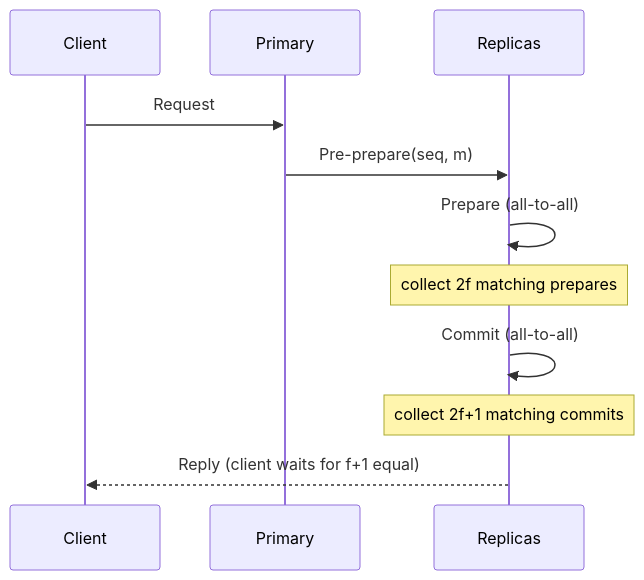
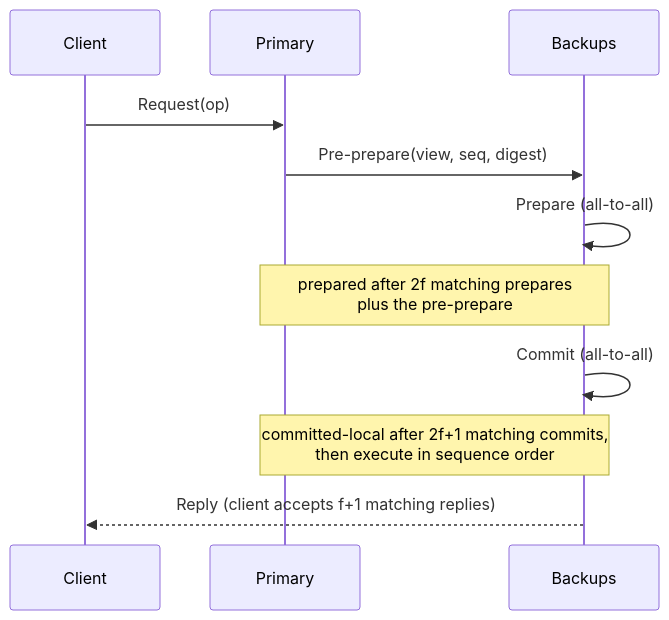
Before and after one commit to AndrewAltimit/Documentation: the fifth of 6 diagrams in github-pages/docs/advanced/distributed-systems-theory.md, drawn with Mermaid. The commit also changed other lines of this file and 240 other files, not shown here.

````diff
--- a/github-pages/docs/advanced/distributed-systems-theory.md
+++ b/github-pages/docs/advanced/distributed-systems-theory.md
@@ -297,13 +348,13 @@
 ```mermaid
 sequenceDiagram
     participant C as Client
-    participant Pr as Primary
-    participant R as Replicas
-    C->>Pr: Request
-    Pr->>R: Pre-prepare(seq, m)
+    participant P as Primary
+    participant R as Backups
+    C->>P: Request(op)
+    P->>R: Pre-prepare(view, seq, digest)
     R->>R: Prepare (all-to-all)
-    Note over R: collect 2f matching prepares
+    Note over P,R: prepared after 2f matching prepares<br/>plus the pre-prepare
     R->>R: Commit (all-to-all)
-    Note over R: collect 2f+1 matching commits
-    R-->>C: Reply (client waits for f+1 equal)
+    Note over P,R: committed-local after 2f+1 matching commits,<br/>then execute in sequence order
+    R-->>C: Reply (client accepts f+1 matching replies)
 ```
````
